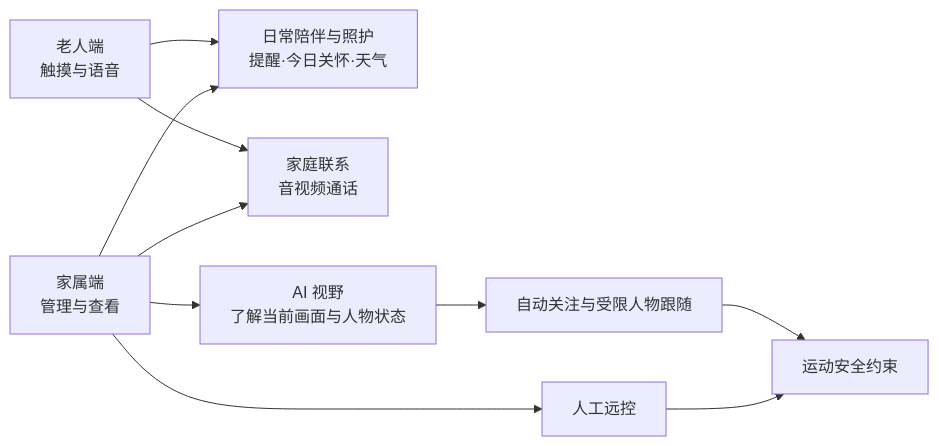
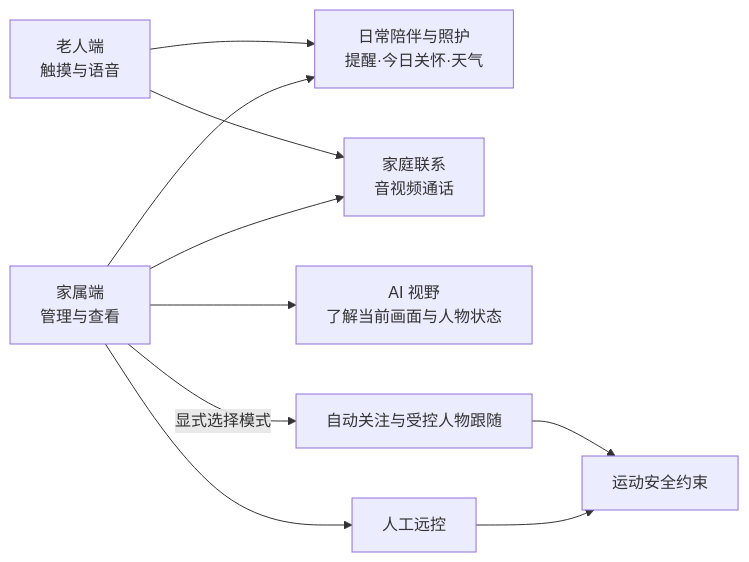
One commit to Justin-fanfan/Submission_Materials changed diagram 19 of 44 in LongPet_产品设计文档.md. Above: the diagram before and after it, drawn with Mermaid. The commit also changed other lines of this file, not shown here.

````diff
--- a/LongPet_产品设计文档.md
+++ b/LongPet_产品设计文档.md
@@ -1895,12 +1878,12 @@
 ```mermaid
 flowchart LR
     E[老人端<br/>触摸与语音] --> D[日常陪伴与照护<br/>提醒·今日关怀·天气]
     E --> C[家庭联系<br/>音视频通话]
     F[家属端<br/>管理与查看] --> D
     F --> C
     F --> V[AI 视野<br/>了解当前画面与人物状态]
-    V --> A[自动关注与受限人物跟随]
+    F -->|显式选择模式| A[自动关注与受控人物跟随]
     F --> R[人工远控]
     A --> S[运动安全约束]
     R --> S
 ```
````
